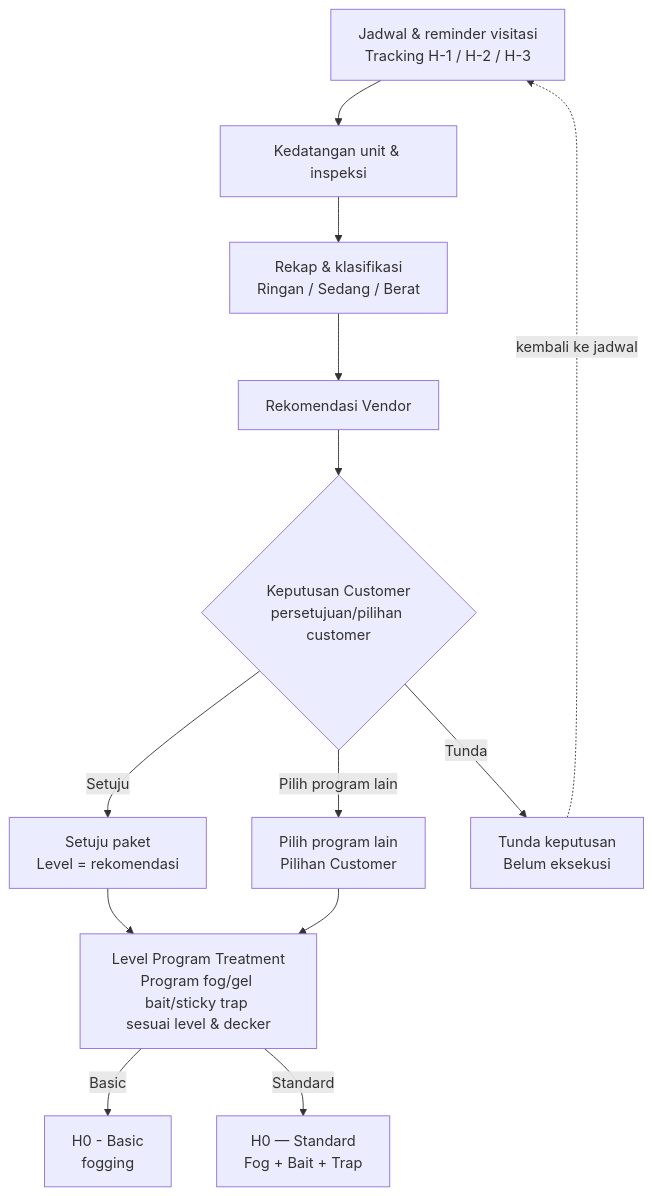
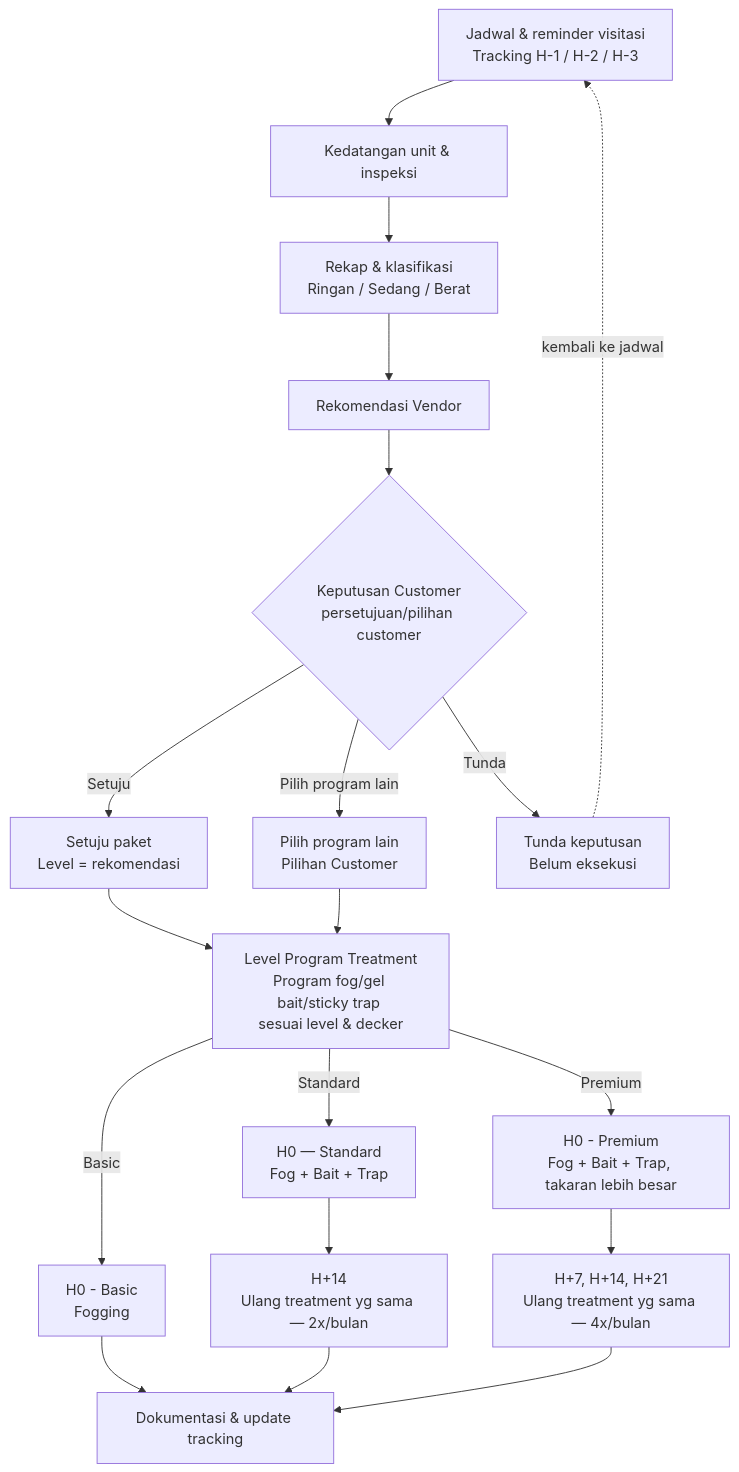
One commit to Vanialive/WorkflowBugHunter changed the first of 2 diagrams in README.md. Above: the diagram before and after it, drawn with Mermaid. The commit also changed other lines of this file, not shown here.

````diff
--- a/README.md
+++ b/README.md
@@ -8,16 +8,22 @@
 ```mermaid
 flowchart TD
     A["Jadwal & reminder visitasi<br/>Tracking H-1 / H-2 / H-3"] --> B["Kedatangan unit & inspeksi"]
     B --> C["Rekap & klasifikasi<br/>Ringan / Sedang / Berat"]
     C --> D["Rekomendasi Vendor"]
     D --> E{"Keputusan Customer<br>persetujuan/pilihan customer"}
     E -->|Setuju| F["Setuju paket<br/>Level = rekomendasi"]
     E -->|Pilih program lain| G["Pilih program lain<br/>Pilihan Customer"]
     E -->|Tunda| H["Tunda keputusan<br/>Belum eksekusi"]
     H -.kembali ke jadwal.-> A
     F --> I["Level Program Treatment<br/>Program fog/gel bait/sticky trap <br>sesuai level & decker"]
     G --> I
-    I --> |Basic| J1["H0 - Basic<br/> fogging"]
+    I --> |Basic| J1["H0 - Basic<br/> Fogging"]
     I --> |Standard| J2["H0 — Standard<br/>Fog + Bait + Trap"]
+    I --> |Premium| J3["H0 - Premium<br>Fog + Bait + Trap, takaran lebih besar"]
+    J1 --> M["Dokumentasi & update tracking"]
+    J2 --> K1["H+14<br/>Ulang treatment yg sama — 2x/bulan"]
+    J3 --> K2["H+7, H+14, H+21<br/>Ulang treatment yg sama — 4x/bulan"]
+    K1 --> M
+    K2 --> M
 
 ```
````
